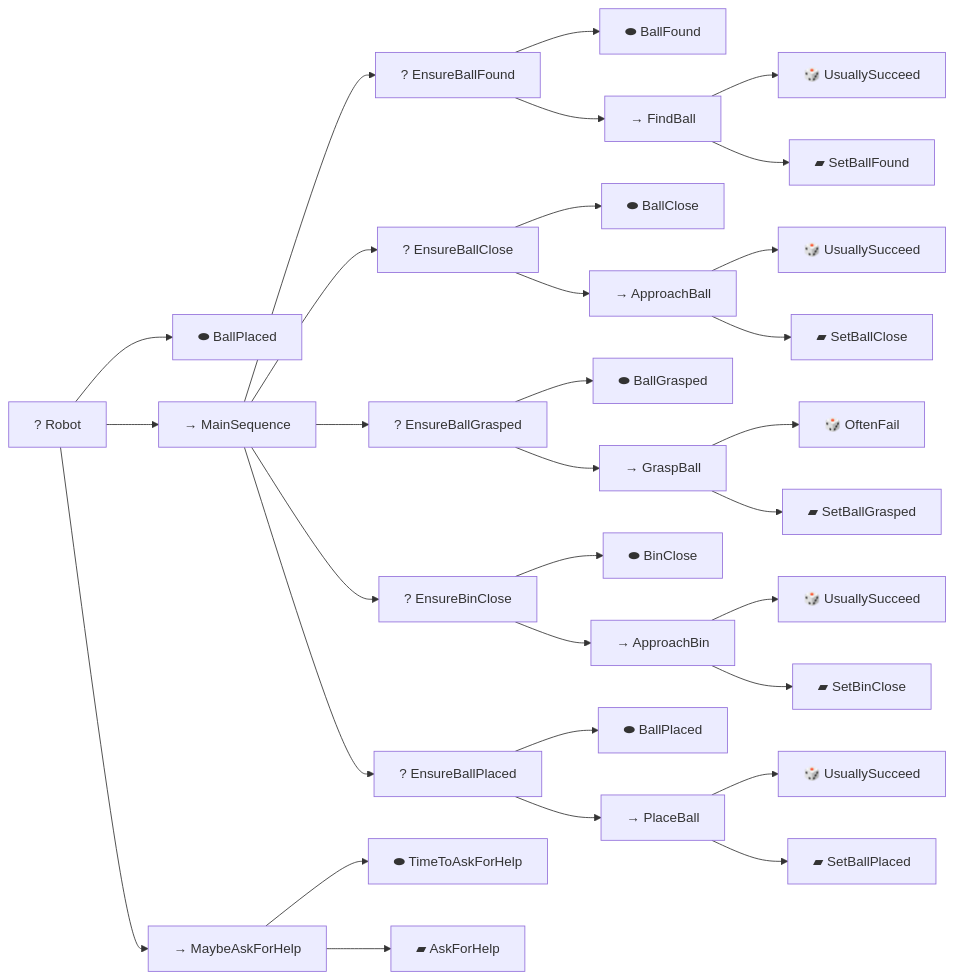
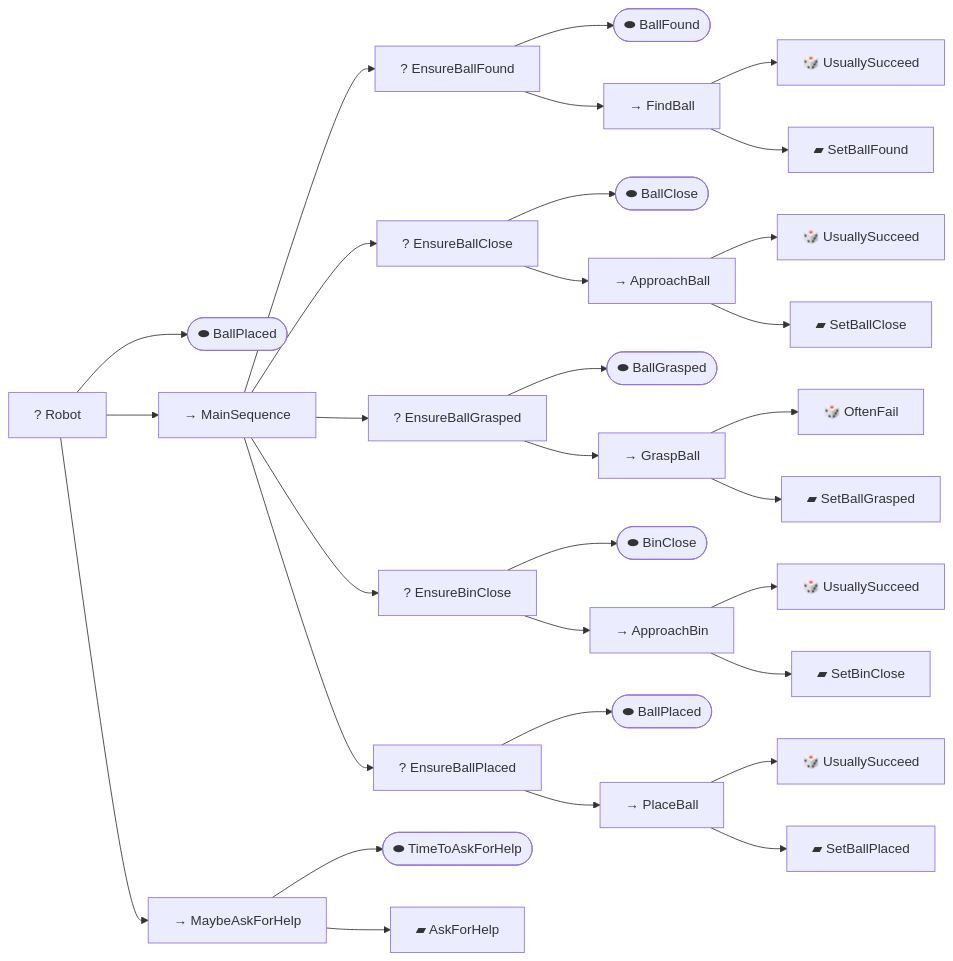
One commit to CERTCC/Vultron changed the diagram in docs/reference/code/bt/robot_demo_diagram.md. Above: the diagram before and after it, drawn with Mermaid. The commit also changed 107 other files, not shown here.

````diff
--- a/docs/reference/code/bt/robot_demo_diagram.md
+++ b/docs/reference/code/bt/robot_demo_diagram.md
@@ -1,64 +1,64 @@
 ```mermaid
 graph LR
   Robot_1["? Robot"]
-  BallPlaced_2["#11052; BallPlaced"]
+  BallPlaced_2(["#11052; BallPlaced"])
   Robot_1 --> BallPlaced_2
   MainSequence_3["&rarr; MainSequence"]
   Robot_1 --> MainSequence_3
   EnsureBallFound_4["? EnsureBallFound"]
   MainSequence_3 --> EnsureBallFound_4
-  BallFound_5["#11052; BallFound"]
+  BallFound_5(["#11052; BallFound"])
   EnsureBallFound_4 --> BallFound_5
   FindBall_6["&rarr; FindBall"]
   EnsureBallFound_4 --> FindBall_6
   UsuallySucceed_7["#127922; UsuallySucceed"]
   FindBall_6 --> UsuallySucceed_7
   SetBallFound_8["#9648; SetBallFound"]
   FindBall_6 --> SetBallFound_8
   EnsureBallClose_9["? EnsureBallClose"]
   MainSequence_3 --> EnsureBallClose_9
-  BallClose_10["#11052; BallClose"]
+  BallClose_10(["#11052; BallClose"])
   EnsureBallClose_9 --> BallClose_10
   ApproachBall_11["&rarr; ApproachBall"]
   EnsureBallClose_9 --> ApproachBall_11
   UsuallySucceed_12["#127922; UsuallySucceed"]
   ApproachBall_11 --> UsuallySucceed_12
   SetBallClose_13["#9648; SetBallClose"]
   ApproachBall_11 --> SetBallClose_13
   EnsureBallGrasped_14["? EnsureBallGrasped"]
   MainSequence_3 --> EnsureBallGrasped_14
-  BallGrasped_15["#11052; BallGrasped"]
+  BallGrasped_15(["#11052; BallGrasped"])
   EnsureBallGrasped_14 --> BallGrasped_15
   GraspBall_16["&rarr; GraspBall"]
   EnsureBallGrasped_14 --> GraspBall_16
   OftenFail_17["#127922; OftenFail"]
   GraspBall_16 --> OftenFail_17
   SetBallGrasped_18["#9648; SetBallGrasped"]
   GraspBall_16 --> SetBallGrasped_18
   EnsureBinClose_19["? EnsureBinClose"]
   MainSequence_3 --> EnsureBinClose_19
-  BinClose_20["#11052; BinClose"]
+  BinClose_20(["#11052; BinClose"])
   EnsureBinClose_19 --> BinClose_20
   ApproachBin_21["&rarr; ApproachBin"]
   EnsureBinClose_19 --> ApproachBin_21
   UsuallySucceed_22["#127922; UsuallySucceed"]
   ApproachBin_21 --> UsuallySucceed_22
   SetBinClose_23["#9648; SetBinClose"]
   ApproachBin_21 --> SetBinClose_23
   EnsureBallPlaced_24["? EnsureBallPlaced"]
   MainSequence_3 --> EnsureBallPlaced_24
-  BallPlaced_25["#11052; BallPlaced"]
+  BallPlaced_25(["#11052; BallPlaced"])
   EnsureBallPlaced_24 --> BallPlaced_25
   PlaceBall_26["&rarr; PlaceBall"]
   EnsureBallPlaced_24 --> PlaceBall_26
   UsuallySucceed_27["#127922; UsuallySucceed"]
   PlaceBall_26 --> UsuallySucceed_27
   SetBallPlaced_28["#9648; SetBallPlaced"]
   PlaceBall_26 --> SetBallPlaced_28
   MaybeAskForHelp_29["&rarr; MaybeAskForHelp"]
   Robot_1 --> MaybeAskForHelp_29
-  TimeToAskForHelp_30["#11052; TimeToAskForHelp"]
+  TimeToAskForHelp_30(["#11052; TimeToAskForHelp"])
   MaybeAskForHelp_29 --> TimeToAskForHelp_30
   AskForHelp_31["#9648; AskForHelp"]
   MaybeAskForHelp_29 --> AskForHelp_31
 ```
````
